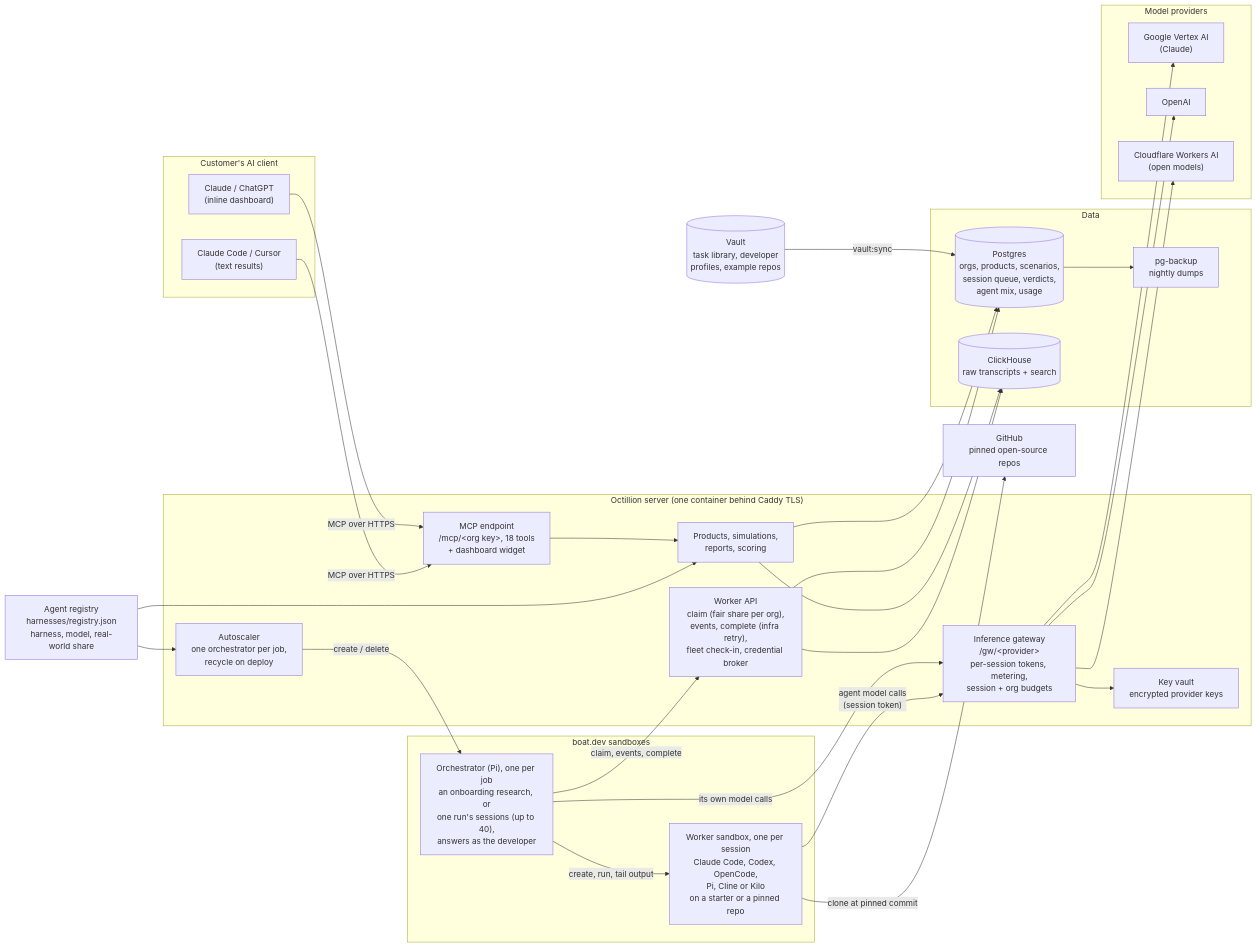
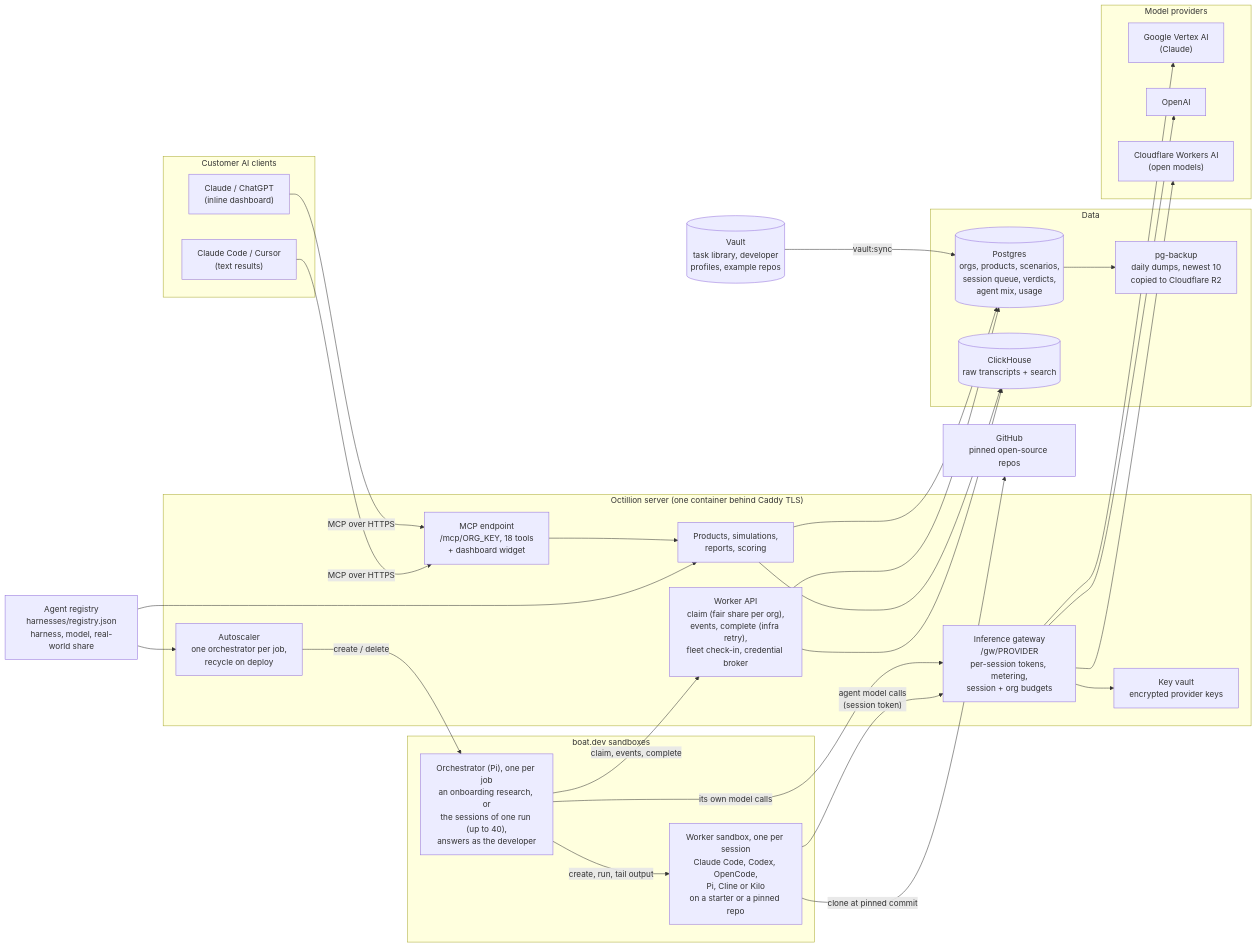
One commit to never2average/octillion changed the diagram in README.md. Above: the diagram before and after it, drawn with Mermaid.

Commit message:
README: diagram in conservative Mermaid syntax (GitHub could not render it)
GitHub showed "Unable to render rich display" for the component diagram.
Removed the constructs its renderer is known to reject: apostrophes in
labels, HTML entities (&lt;org key&gt;), and & chaining on edges. Nodes
and edges are unchanged, and the backup node now says what it does
(daily dumps, newest 10, copied to R2). Validated with mermaid-cli 11.4.2.

````diff
--- a/README.md
+++ b/README.md
@@ -65,56 +65,59 @@
 ```mermaid
 flowchart LR
-  subgraph Clients["Customer's AI client"]
+  subgraph Clients["Customer AI clients"]
     C1["Claude / ChatGPT<br/>(inline dashboard)"]
     C2["Claude Code / Cursor<br/>(text results)"]
   end
 
   subgraph VM["Octillion server (one container behind Caddy TLS)"]
-    MCP["MCP endpoint<br/>/mcp/&lt;org key&gt;, 18 tools<br/>+ dashboard widget"]
+    MCP["MCP endpoint<br/>/mcp/ORG_KEY, 18 tools<br/>+ dashboard widget"]
     Q["Products, simulations,<br/>reports, scoring"]
     WAPI["Worker API<br/>claim (fair share per org),<br/>events, complete (infra retry),<br/>fleet check-in, credential broker"]
     AS["Autoscaler<br/>one orchestrator per job,<br/>recycle on deploy"]
-    GW["Inference gateway<br/>/gw/&lt;provider&gt;<br/>per-session tokens, metering,<br/>session + org budgets"]
+    GW["Inference gateway<br/>/gw/PROVIDER<br/>per-session tokens, metering,<br/>session + org budgets"]
     KV["Key vault<br/>encrypted provider keys"]
   end
 
   subgraph Data["Data"]
     PG[("Postgres<br/>orgs, products, scenarios,<br/>session queue, verdicts,<br/>agent mix, usage")]
     CH[("ClickHouse<br/>raw transcripts + search")]
-    BK["pg-backup<br/>nightly dumps"]
+    BK["pg-backup<br/>daily dumps, newest 10<br/>copied to Cloudflare R2"]
   end
 
   subgraph Boat["boat.dev sandboxes"]
-    ORCH["Orchestrator (Pi), one per job<br/>an onboarding research, or<br/>one run's sessions (up to 40),<br/>answers as the developer"]
+    ORCH["Orchestrator (Pi), one per job<br/>an onboarding research, or<br/>the sessions of one run (up to 40),<br/>answers as the developer"]
     WS["Worker sandbox, one per session<br/>Claude Code, Codex, OpenCode,<br/>Pi, Cline or Kilo<br/>on a starter or a pinned repo"]
   end
 
   subgraph LLM["Model providers"]
     VX["Google Vertex AI<br/>(Claude)"]
     OA["OpenAI"]
     CF["Cloudflare Workers AI<br/>(open models)"]
   end
 
   VAULT[("Vault<br/>task library, developer<br/>profiles, example repos")]
   REG["Agent registry<br/>harnesses/registry.json<br/>harness, model, real-world share"]
   GH["GitHub<br/>pinned open-source repos"]
 
-  C1 & C2 -- "MCP over HTTPS" --> MCP
+  C1 -- "MCP over HTTPS" --> MCP
+  C2 -- "MCP over HTTPS" --> MCP
   MCP --> Q
   Q --> PG
   Q --> CH
   WAPI --> PG
   WAPI --> CH
   PG --> BK
   AS -- "create / delete" --> ORCH
   ORCH -- "claim, events, complete" --> WAPI
   ORCH -- "create, run, tail output" --> WS
   ORCH -- "its own model calls" --> GW
   WS -- "agent model calls<br/>(session token)" --> GW
   GW --> KV
-  GW --> VX & OA & CF
+  GW --> VX
+  GW --> OA
+  GW --> CF
   WS -- "clone at pinned commit" --> GH
   VAULT -- "vault:sync" --> PG
   REG --> Q
   REG --> AS
 ```
````
